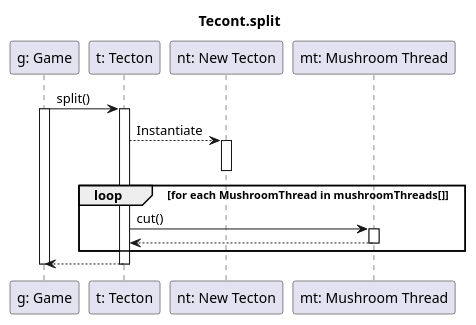
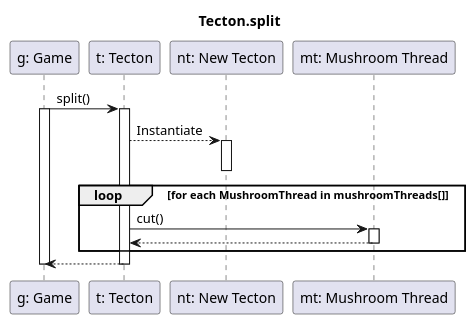
The diagram in diagrams/sequence/tecton/split.plantuml (dzsem/projlab), drawn with PlantUML before and after one commit. The commit also changed 3 other files, not shown here.

```diff
--- a/diagrams/sequence/tecton/split.plantuml
+++ b/diagrams/sequence/tecton/split.plantuml
@@ -1,31 +1,31 @@
 @startuml split_sequence
-title Tecont.split
+title Tecton.split
 
 participant "g: Game" as game
 participant "t: Tecton" as tecton
 participant "nt: New Tecton" as newtecton
 participant "mt: Mushroom Thread" as thread
 
 game -> tecton: split()
 activate game
 activate tecton
 
 tecton --> newtecton: Instantiate
 activate newtecton
 deactivate newtecton
 
 loop for each MushroomThread in mushroomThreads[]
 
 tecton -> thread: cut()
 activate thread
 
 thread --> tecton
 deactivate thread
 
 end
 
 game <-- tecton
 deactivate tecton
 deactivate game
 
 @enduml
```
